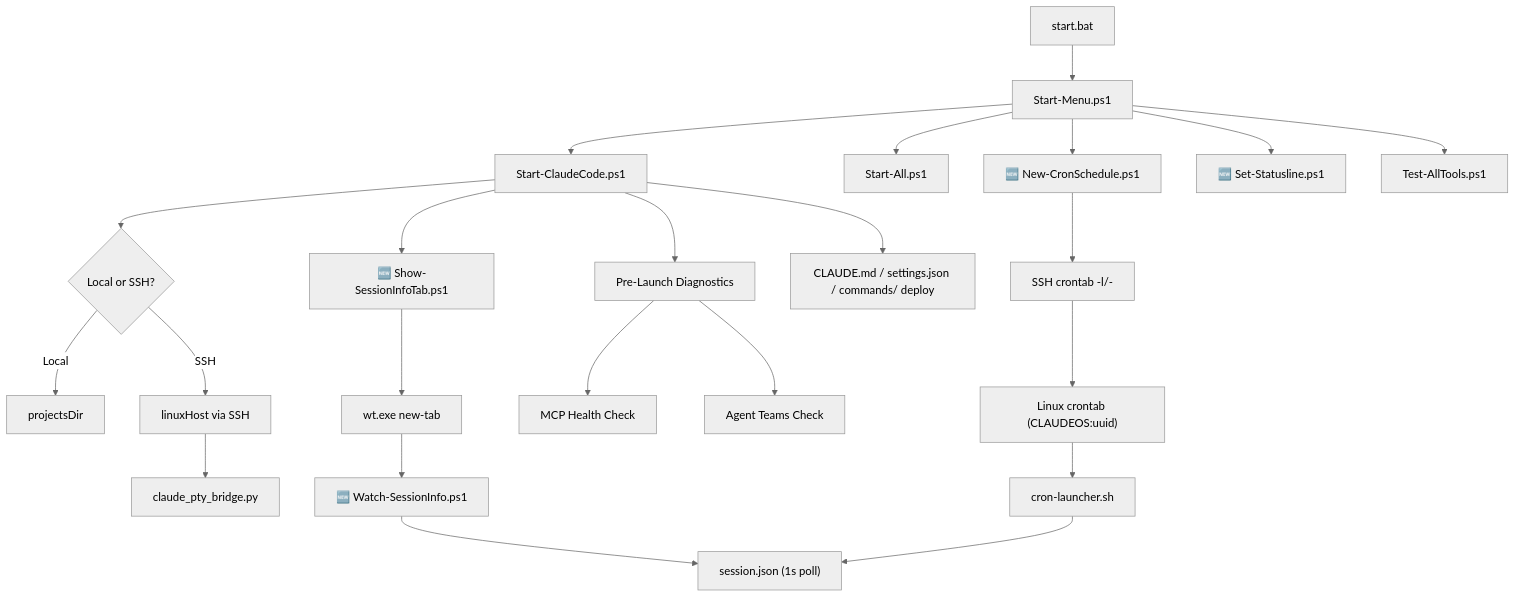
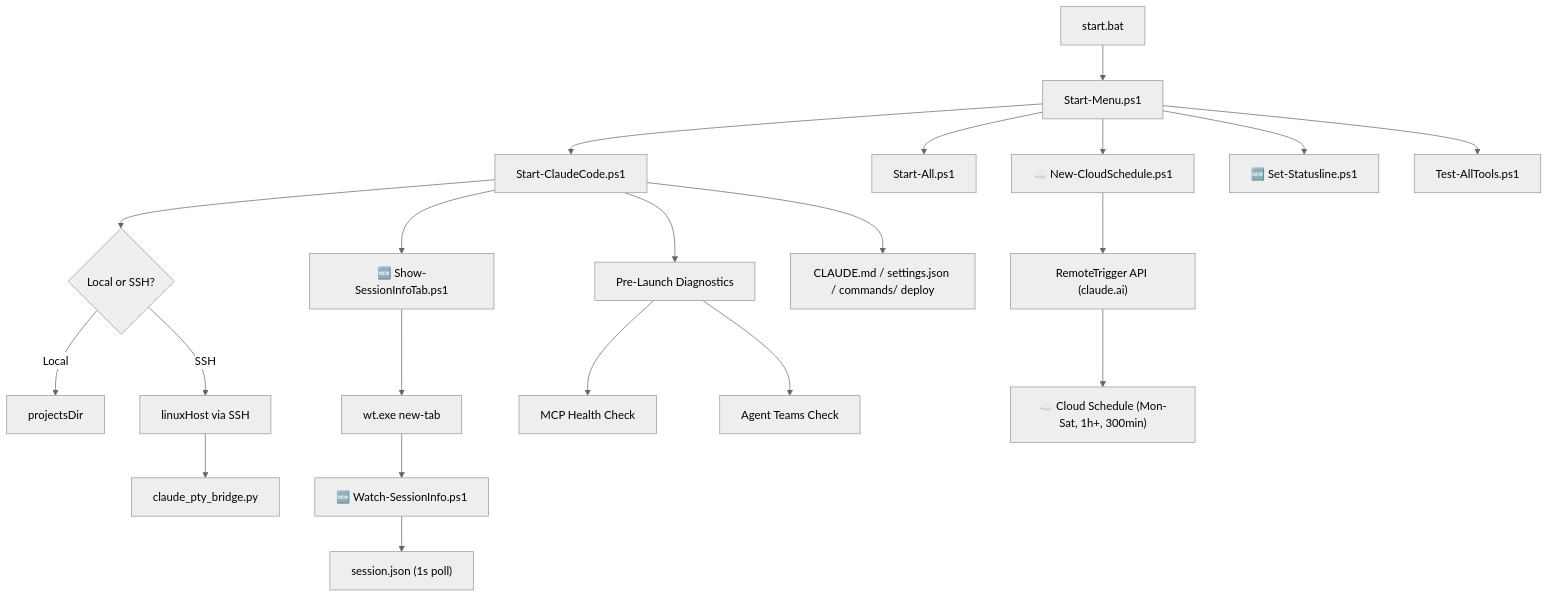
The first of 5 diagrams in README.md (Kensan196948G/ClaudeCLI-CodexCLI-CopilotCLI-StartUpTools-New), drawn with Mermaid (neutral theme) before and after one commit. The commit also changed other lines of this file and 5 other files, not shown here.

First line of the commit message:
feat(v3.2.57): /loop → Cloud Schedule 移行 — S1専用・週6日・300分制限 (#213)

````diff
--- a/README.md
+++ b/README.md
@@ -108,30 +108,28 @@
 ```mermaid
 graph TD
     A["start.bat"] --> B["Start-Menu.ps1"]
     B --> C["Start-ClaudeCode.ps1"]
     B --> F["Start-All.ps1"]
-    B --> NCS["🆕 New-CronSchedule.ps1"]
+    B --> NCS["☁️ New-CloudSchedule.ps1"]
     B --> SSL["🆕 Set-Statusline.ps1"]
     B --> G["Test-AllTools.ps1"]
 
     C --> J{"Local or SSH?"}
     C --> SIT["🆕 Show-SessionInfoTab.ps1"]
     SIT --> WT["wt.exe new-tab"]
     WT --> WSI["🆕 Watch-SessionInfo.ps1"]
     WSI --> SJ["session.json (1s poll)"]
 
     J -->|Local| K["projectsDir"]
     J -->|SSH| L["linuxHost via SSH"]
     L --> M["claude_pty_bridge.py"]
 
-    NCS --> CMSSH["SSH crontab -l/-"]
-    CMSSH --> CRON["Linux crontab (CLAUDEOS:uuid)"]
-    CRON --> CL["cron-launcher.sh"]
-    CL --> SJ
+    NCS --> RT["RemoteTrigger API (claude.ai)"]
+    RT --> CS["☁️ Cloud Schedule (Mon-Sat, 1h+, 300min)"]
 
     C --> PLD["Pre-Launch Diagnostics"]
     PLD --> MCP_CHK["MCP Health Check"]
     PLD --> AT_CHK["Agent Teams Check"]
 
     C --> N["CLAUDE.md / settings.json / commands/ deploy"]
 ```
````
